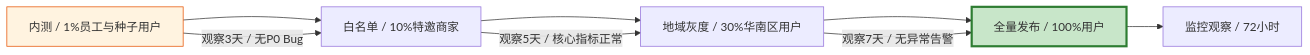
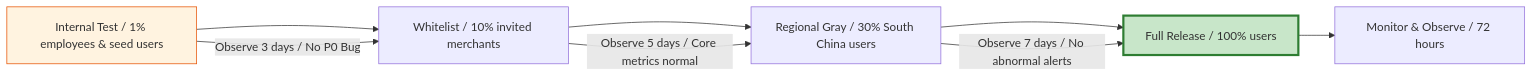
One commit to Kirky-X/cangjie changed diagram 11 of 11 in templates/产品/产品层/【模板】功能需求文档.md. Above: the diagram before and after it, drawn with Mermaid. The commit also changed other lines of this file and 46 other files, not shown here.

````diff
--- a/templates/产品/产品层/【模板】功能需求文档.md
+++ b/templates/产品/产品层/【模板】功能需求文档.md
@@ -686,14 +686,14 @@
 ```mermaid
 graph LR
-    A[内测 / 1%员工与种子用户] --> B[白名单 / 10%特邀商家]
-    B --> C[地域灰度 / 30%华南区用户]
-    C --> D[全量发布 / 100%用户]
-    D --> E[监控观察 / 72小时]
+    A[Internal Test / 1% employees & seed users] --> B[Whitelist / 10% invited merchants]
+    B --> C[Regional Gray / 30% South China users]
+    C --> D[Full Release / 100% users]
+    D --> E[Monitor & Observe / 72 hours]
 
-    A -->|观察3天 / 无P0 Bug| B
-    B -->|观察5天 / 核心指标正常| C
-    C -->|观察7天 / 无异常告警| D
+    A -->|Observe 3 days / No P0 Bug| B
+    B -->|Observe 5 days / Core metrics normal| C
+    C -->|Observe 7 days / No abnormal alerts| D
 
     style A fill:#fff3e0,stroke:#e65100
     style D fill:#c8e6c9,stroke:#2e7d32,stroke-width:3px
 ```
````
